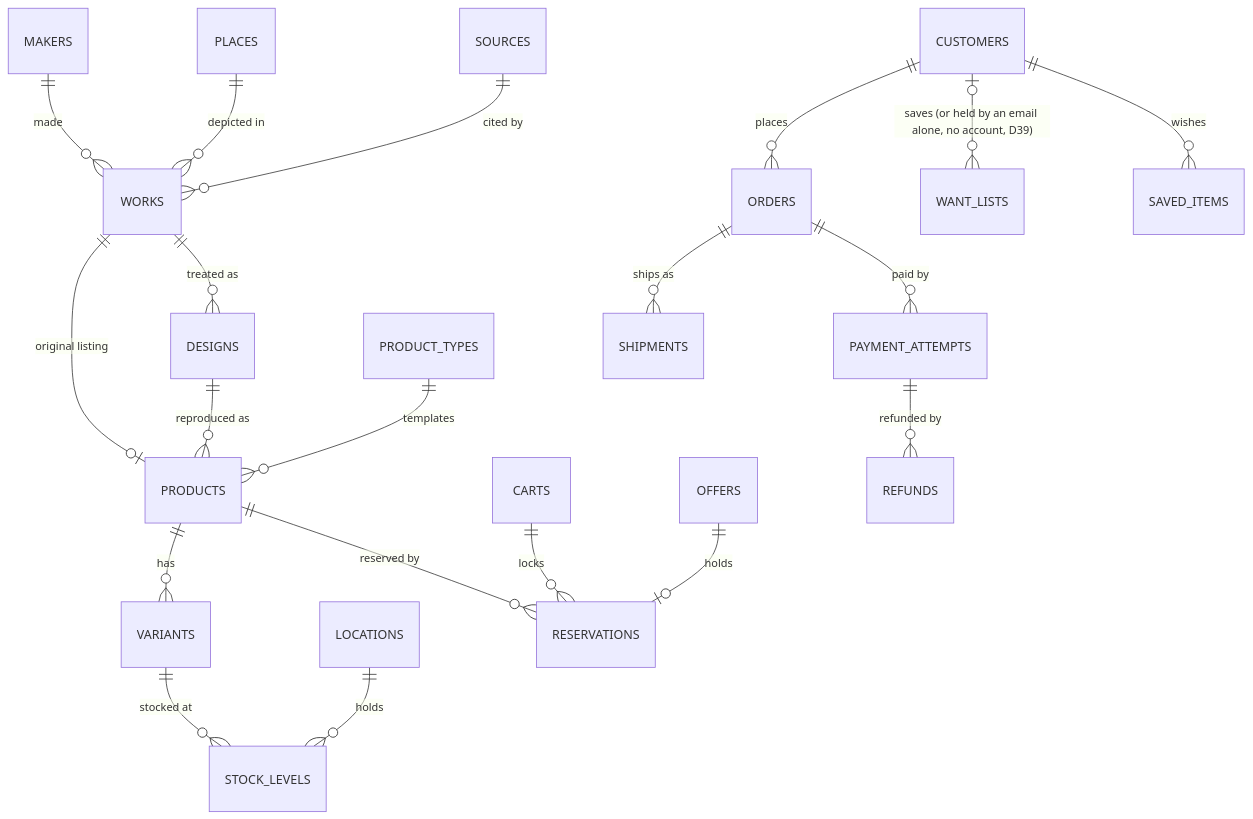
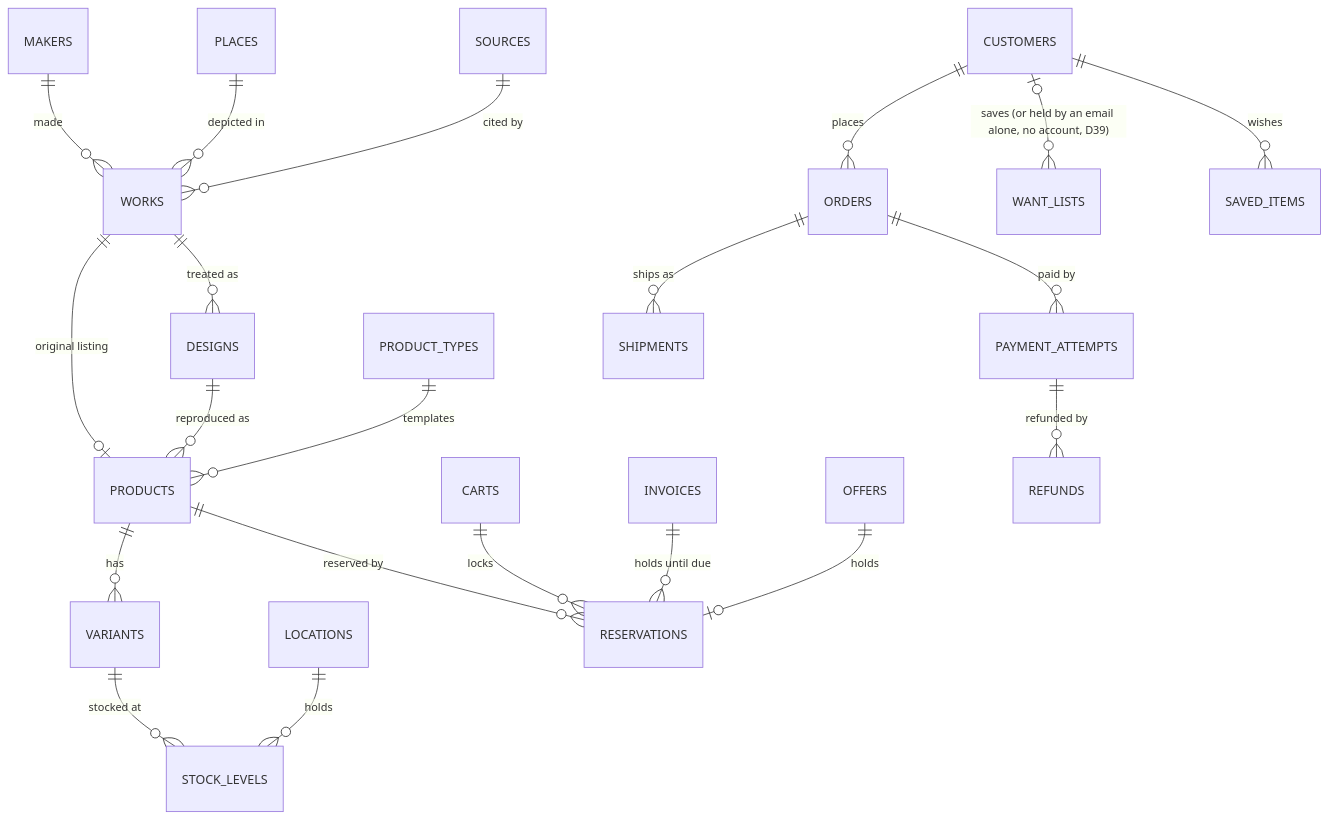
Before and after one commit to gaiadabali/antique-map: the third of 7 diagrams in .claude/specs/indies-platform/design.md, drawn with Mermaid. The commit also changed other lines of this file and 8 other files, not shown here.

````diff
--- a/.claude/specs/indies-platform/design.md
+++ b/.claude/specs/indies-platform/design.md
@@ -322,22 +343,23 @@
 ```mermaid
 erDiagram
     MAKERS ||--o{ WORKS : "made"
     PLACES ||--o{ WORKS : "depicted in"
     SOURCES ||--o{ WORKS : "cited by"
     WORKS ||--o| PRODUCTS : "original listing"
     WORKS ||--o{ DESIGNS : "treated as"
     DESIGNS ||--o{ PRODUCTS : "reproduced as"
     PRODUCT_TYPES ||--o{ PRODUCTS : "templates"
     PRODUCTS ||--o{ VARIANTS : "has"
     VARIANTS ||--o{ STOCK_LEVELS : "stocked at"
     LOCATIONS ||--o{ STOCK_LEVELS : "holds"
     PRODUCTS ||--o{ RESERVATIONS : "reserved by"
     CARTS ||--o{ RESERVATIONS : "locks"
+    INVOICES ||--o{ RESERVATIONS : "holds until due"
     OFFERS ||--o| RESERVATIONS : "holds"
     CUSTOMERS ||--o{ ORDERS : "places"
     ORDERS ||--o{ PAYMENT_ATTEMPTS : "paid by"
     PAYMENT_ATTEMPTS ||--o{ REFUNDS : "refunded by"
     ORDERS ||--o{ SHIPMENTS : "ships as"
     CUSTOMERS |o--o{ WANT_LISTS : "saves (or held by an email alone, no account, D39)"
     CUSTOMERS ||--o{ SAVED_ITEMS : "wishes"
 ```
````
